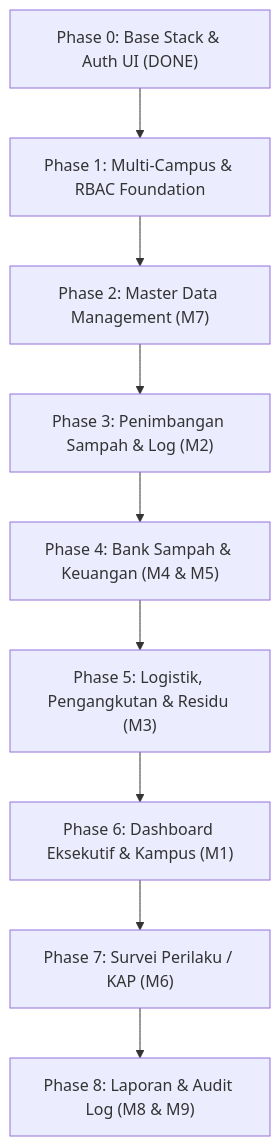
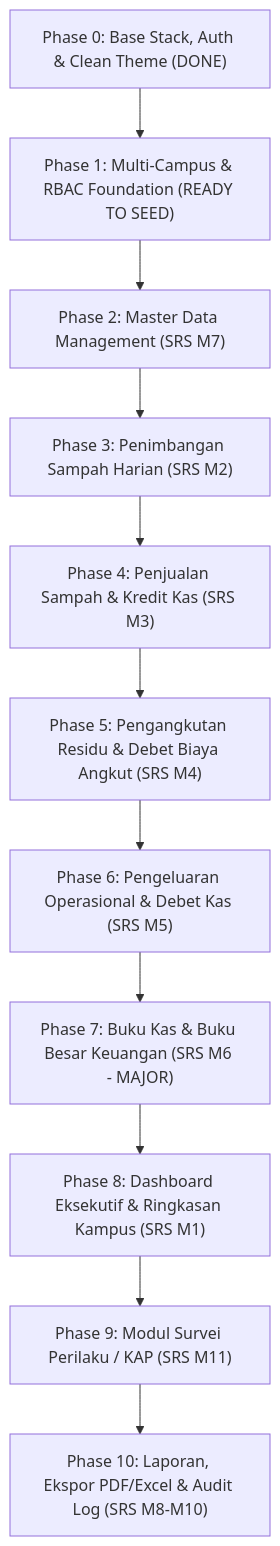
The diagram in DEVELOPMENT_JOURNEY.md (brotherzhafif/Sistem-Pengelolaan-Sampah-UAD), drawn with Mermaid before and after one commit. The commit also changed other lines of this file and 13 other files, not shown here.

Commit message:
feat(phase-2): implement master data models, migrations, seeders, and livewire management

````diff
--- a/DEVELOPMENT_JOURNEY.md
+++ b/DEVELOPMENT_JOURNEY.md
@@ -15,11 +24,13 @@
 ```mermaid
 flowchart TD
-    M0["Phase 0: Base Stack & Auth UI (DONE)"] --> M1["Phase 1: Multi-Campus & RBAC Foundation"]
-    M1 --> M2["Phase 2: Master Data Management (M7)"]
-    M2 --> M3["Phase 3: Penimbangan Sampah & Log (M2)"]
-    M3 --> M4["Phase 4: Bank Sampah & Keuangan (M4 & M5)"]
-    M4 --> M5["Phase 5: Logistik, Pengangkutan & Residu (M3)"]
-    M5 --> M6["Phase 6: Dashboard Eksekutif & Kampus (M1)"]
-    M6 --> M7["Phase 7: Survei Perilaku / KAP (M6)"]
-    M7 --> M8["Phase 8: Laporan & Audit Log (M8 & M9)"]
+    M0["Phase 0: Base Stack, Auth & Clean Theme (DONE)"] --> M1["Phase 1: Multi-Campus & RBAC Foundation (READY TO SEED)"]
+    M1 --> M2["Phase 2: Master Data Management (SRS M7)"]
+    M2 --> M3["Phase 3: Penimbangan Sampah Harian (SRS M2)"]
+    M3 --> M4["Phase 4: Penjualan Sampah & Kredit Kas (SRS M3)"]
+    M4 --> M5["Phase 5: Pengangkutan Residu & Debet Biaya Angkut (SRS M4)"]
+    M5 --> M6["Phase 6: Pengeluaran Operasional & Debet Kas (SRS M5)"]
+    M6 --> M7["Phase 7: Buku Kas & Buku Besar Keuangan (SRS M6 - MAJOR)"]
+    M7 --> M8["Phase 8: Dashboard Eksekutif & Ringkasan Kampus (SRS M1)"]
+    M8 --> M9["Phase 9: Modul Survei Perilaku / KAP (SRS M11)"]
+    M9 --> M10["Phase 10: Laporan, Ekspor PDF/Excel & Audit Log (SRS M8-M10)"]
 ```
````
